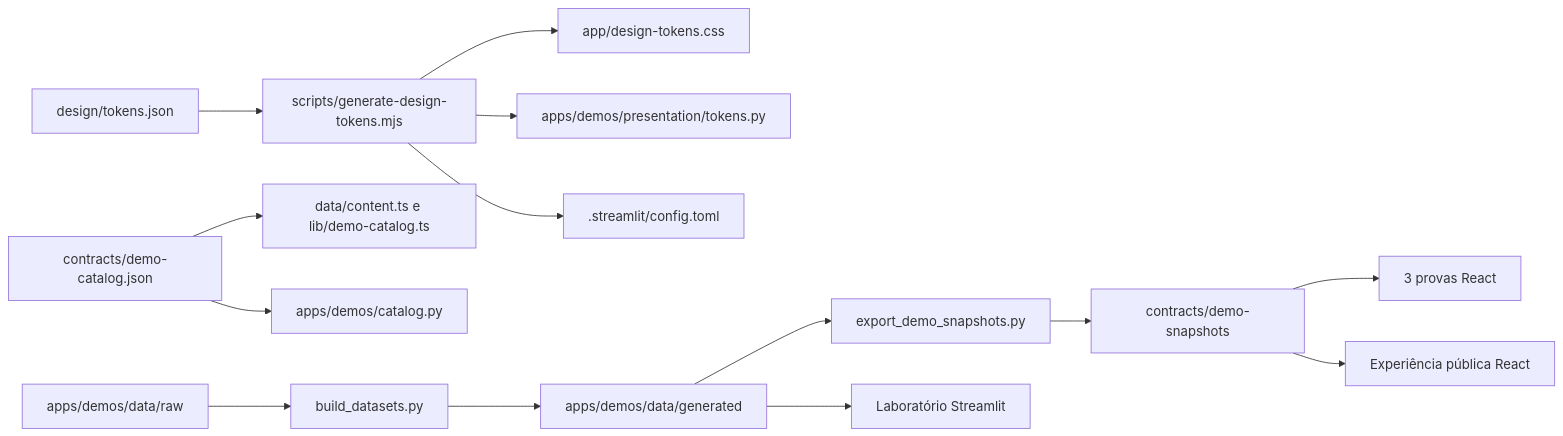
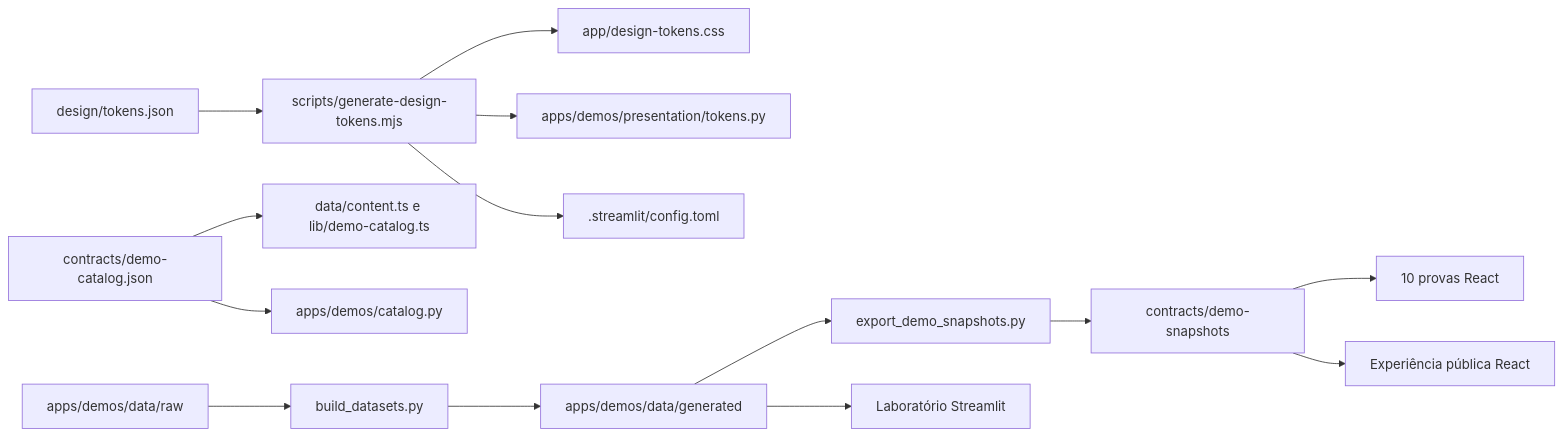
Before and after one commit to lucasdevlogis-cpu/portfolio-lucas-batista: the diagram in docs/ARQUITETURA.md, drawn with Mermaid. The commit also changed other lines of this file and 33 other files, not shown here.

````diff
--- a/docs/ARQUITETURA.md
+++ b/docs/ARQUITETURA.md
@@ -40,18 +40,18 @@
 ```mermaid
 flowchart LR
   T[design/tokens.json] --> G[scripts/generate-design-tokens.mjs]
   G --> CSS[app/design-tokens.css]
   G --> PY[apps/demos/presentation/tokens.py]
   G --> ST[.streamlit/config.toml]
 
   C[contracts/demo-catalog.json] --> NEXT[data/content.ts e lib/demo-catalog.ts]
   C --> NAV[apps/demos/catalog.py]
 
   RAW[apps/demos/data/raw] --> BUILD[build_datasets.py]
   BUILD --> DATA[apps/demos/data/generated]
   DATA --> EXPORT[export_demo_snapshots.py]
   EXPORT --> SNAP[contracts/demo-snapshots]
-  SNAP --> PROOFS[3 provas React]
+  SNAP --> PROOFS[10 provas React]
   DATA --> STREAMLIT[Laboratório Streamlit]
   SNAP --> WEB[Experiência pública React]
 ```
````
